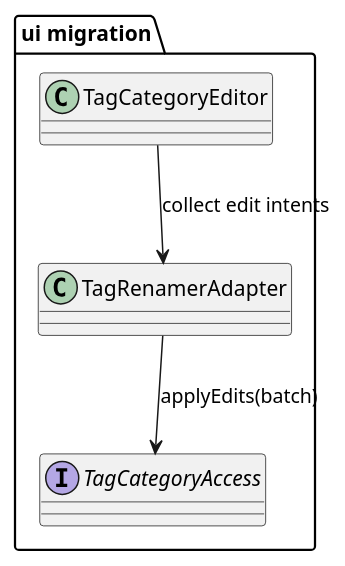
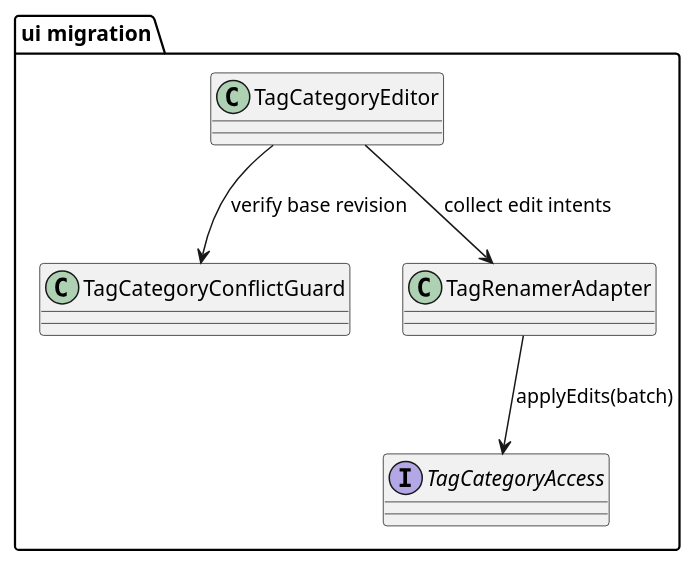
The seventh of 7 diagrams in ai-specs/tasks/in-progress/expose-node-tags-to-ai-tools.md (guoranjun2/nexordia), drawn with PlantUML before and after one commit. The commit also changed other lines of this file and 2 other files, not shown here.

Commit message:
2026-02-20-expose-tags-ai-tools: guard tag category editor submit with revision check

````diff
--- a/ai-specs/tasks/in-progress/expose-node-tags-to-ai-tools.md
+++ b/ai-specs/tasks/in-progress/expose-node-tags-to-ai-tools.md
@@ -580,13 +580,15 @@
 ```plantuml
 @startuml
 set separator none
 package "ui migration" {
   class TagCategoryEditor
+  class TagCategoryConflictGuard
   interface TagCategoryAccess
   class TagRenamerAdapter
 }
 
+TagCategoryEditor --> TagCategoryConflictGuard : verify base revision
 TagCategoryEditor --> TagRenamerAdapter : collect edit intents
 TagRenamerAdapter --> TagCategoryAccess : applyEdits(batch)
 @enduml
 ```
````
